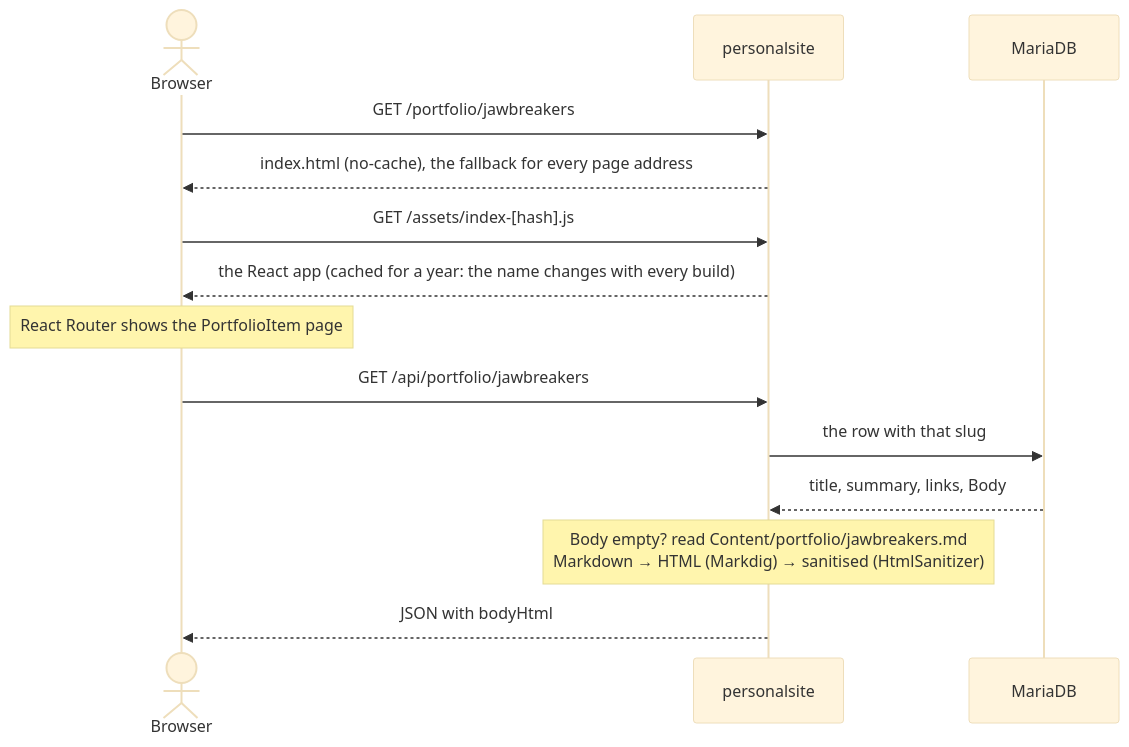
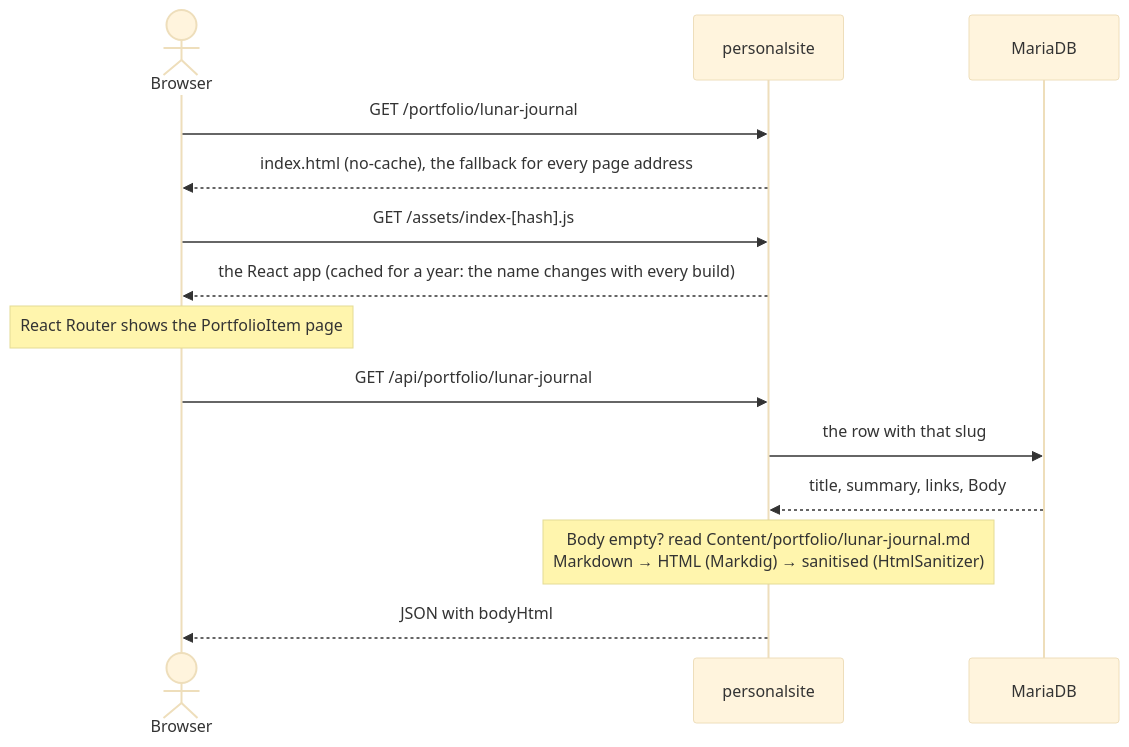
The second of 2 diagrams in README.md (Lundqwist/Website2.0), drawn with Mermaid (base theme) before and after one commit. The commit also changed other lines of this file and 6 other files, not shown here.

Commit message:
Remove the retired Jawbreakers guild site: YARP route, config, seed item, image; migration deletes its portfolio row

````diff
--- a/README.md
+++ b/README.md
@@ -49,17 +47,17 @@
 ```mermaid
 sequenceDiagram
     actor V as Browser
     participant S as personalsite
     participant D as MariaDB
 
-    V->>S: GET /portfolio/jawbreakers
+    V->>S: GET /portfolio/lunar-journal
     S-->>V: index.html (no-cache), the fallback for every page address
     V->>S: GET /assets/index-[hash].js
     S-->>V: the React app (cached for a year: the name changes with every build)
     Note over V: React Router shows the PortfolioItem page
-    V->>S: GET /api/portfolio/jawbreakers
+    V->>S: GET /api/portfolio/lunar-journal
     S->>D: the row with that slug
     D-->>S: title, summary, links, Body
-    Note over S: Body empty? read Content/portfolio/jawbreakers.md<br/>Markdown → HTML (Markdig) → sanitised (HtmlSanitizer)
+    Note over S: Body empty? read Content/portfolio/lunar-journal.md<br/>Markdown → HTML (Markdig) → sanitised (HtmlSanitizer)
     S-->>V: JSON with bodyHtml
 ```
````
